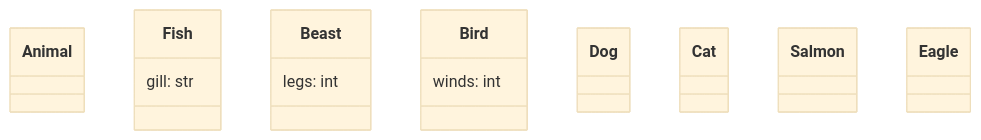
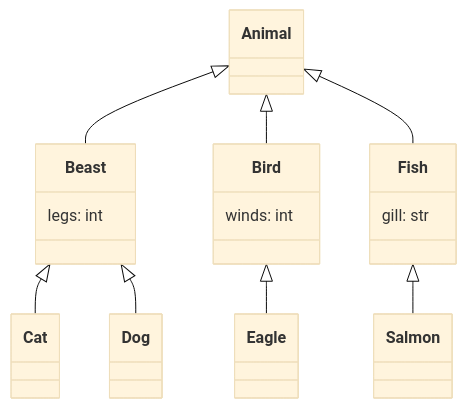
One commit to EricWebsmith/pydantic-2-mermaid changed the diagram in examples/animals.md. Above: the diagram before and after it, drawn with Mermaid (base theme). The commit also changed 22 other files, not shown here.

````diff
--- a/examples/animals.md
+++ b/examples/animals.md
@@ -1,32 +1,38 @@
 ```mermaid
 classDiagram
     class Animal {
     }
 
     class Fish {
         gill: str
     }
 
     class Beast {
         legs: int
     }
 
     class Bird {
         winds: int
     }
 
     class Dog {
     }
 
     class Cat {
     }
 
     class Salmon {
     }
 
     class Eagle {
     }
 
 
-
+    Animal <|-- Beast
+    Animal <|-- Bird
+    Animal <|-- Fish
+    Beast <|-- Cat
+    Beast <|-- Dog
+    Fish <|-- Salmon
+    Bird <|-- Eagle
 ```
````
